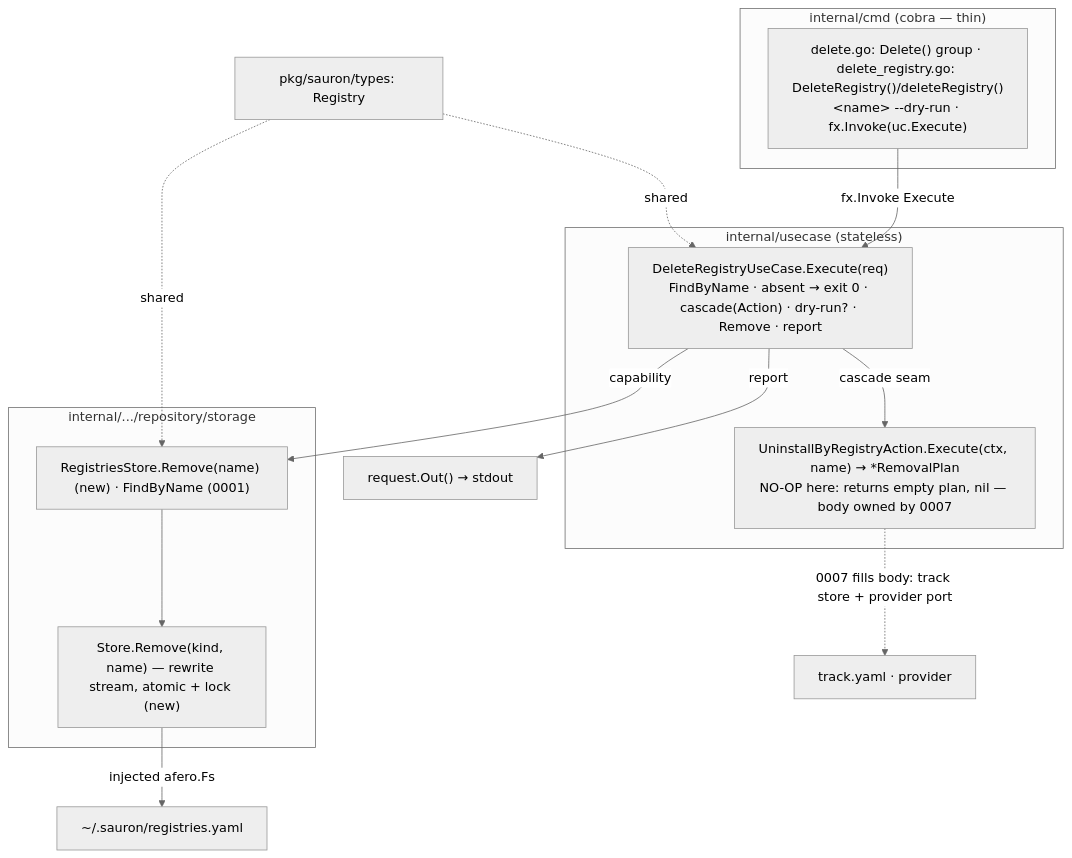
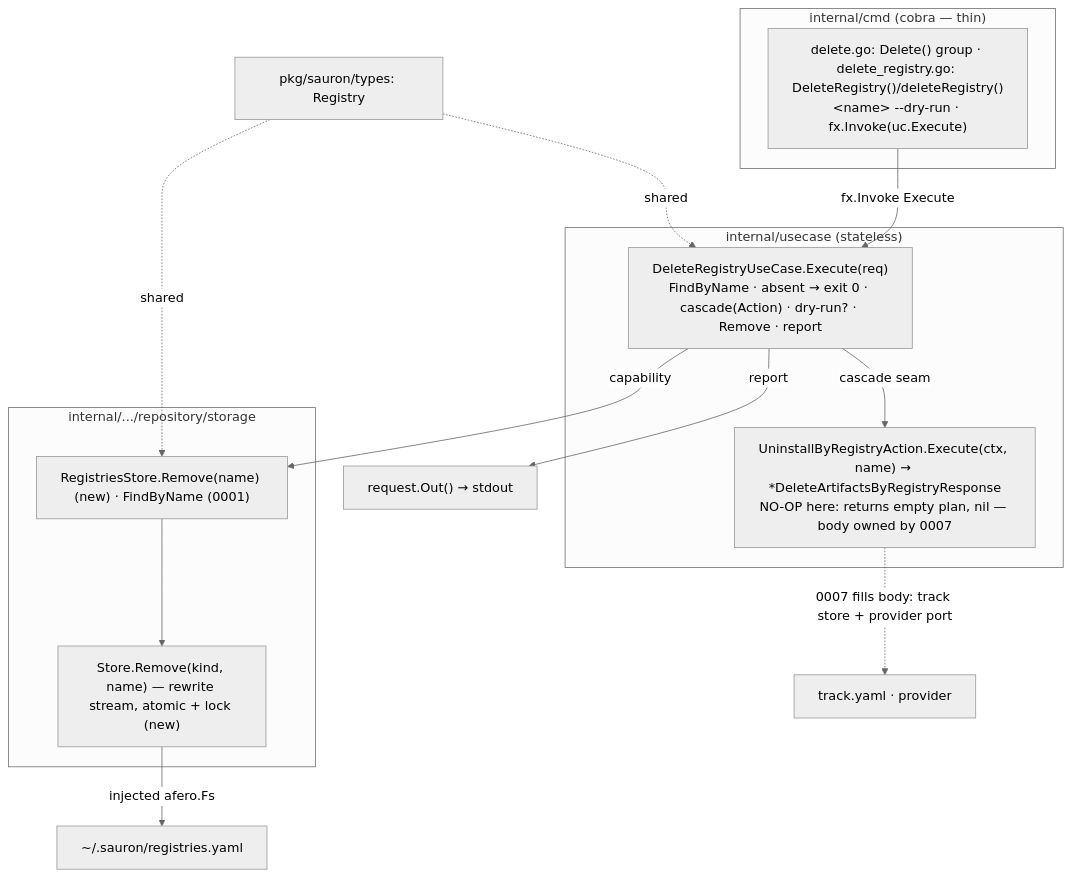
The diagram in spec/0004-delete-registry/plan.md (Delfimarime/sauron), drawn with Mermaid (neutral theme) before and after one commit. The commit also changed other lines of this file and 3 other files, not shown here.

````diff
--- a/spec/0004-delete-registry/plan.md
+++ b/spec/0004-delete-registry/plan.md
@@ -78,25 +78,25 @@
 ```mermaid
 graph TD
   subgraph cmd["internal/cmd (cobra — thin)"]
     DC["delete.go: Delete() group · delete_registry.go: DeleteRegistry()/deleteRegistry()<br/>&lt;name&gt; --dry-run · fx.Invoke(uc.Execute)"]
   end
   subgraph uc["internal/usecase (stateless)"]
     UC["DeleteRegistryUseCase.Execute(req)<br/>FindByName · absent → exit 0 · cascade(Action) · dry-run? · Remove · report"]
-    AC["UninstallByRegistryAction.Execute(ctx, name) → *RemovalPlan<br/>NO-OP here: returns empty plan, nil — body owned by 0007"]
+    AC["UninstallByRegistryAction.Execute(ctx, name) → *DeleteArtifactsByRegistryResponse<br/>NO-OP here: returns empty plan, nil — body owned by 0007"]
   end
   subgraph store["internal/.../repository/storage"]
     RS["RegistriesStore.Remove(name) (new) · FindByName (0001)"]
     ST["Store.Remove(kind, name) — rewrite stream, atomic + lock (new)"]
   end
   TYPES["pkg/sauron/types: Registry"]
 
   DC -->|fx.Invoke Execute| UC
   UC -->|cascade seam| AC
   UC -->|capability| RS
   RS --> ST
   ST -->|injected afero.Fs| HOME["~/.sauron/registries.yaml"]
   UC -->|report| OUT["request.Out() → stdout"]
   AC -.0007 fills body: track store + provider port.-> FUTURE["track.yaml · provider"]
   TYPES -.shared.-> UC
   TYPES -.shared.-> RS
 ```
````
